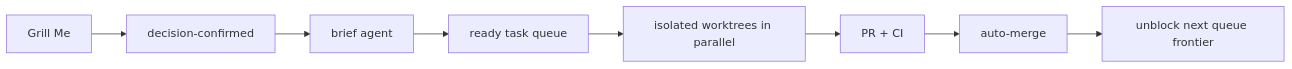
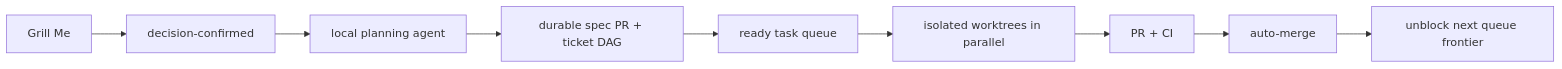
One commit to LkxPro/insuredesk changed the diagram in docs/agents/agent-loop.md. Above: the diagram before and after it, drawn with Mermaid. The commit also changed other lines of this file and 21 other files, not shown here.

Commit message:
fix: run agent loop through local Claude

````diff
--- a/docs/agents/agent-loop.md
+++ b/docs/agents/agent-loop.md
@@ -5,10 +5,11 @@
 ```mermaid
 flowchart LR
   G["Grill Me"] --> C["decision-confirmed"]
-  C --> B["brief agent"]
-  B --> Q["ready task queue"]
+  C --> B["local planning agent"]
+  B --> S["durable spec PR + ticket DAG"]
+  S --> Q["ready task queue"]
   Q --> W["isolated worktrees in parallel"]
   W --> P["PR + CI"]
   P --> M["auto-merge"]
   M --> U["unblock next queue frontier"]
 ```
````
